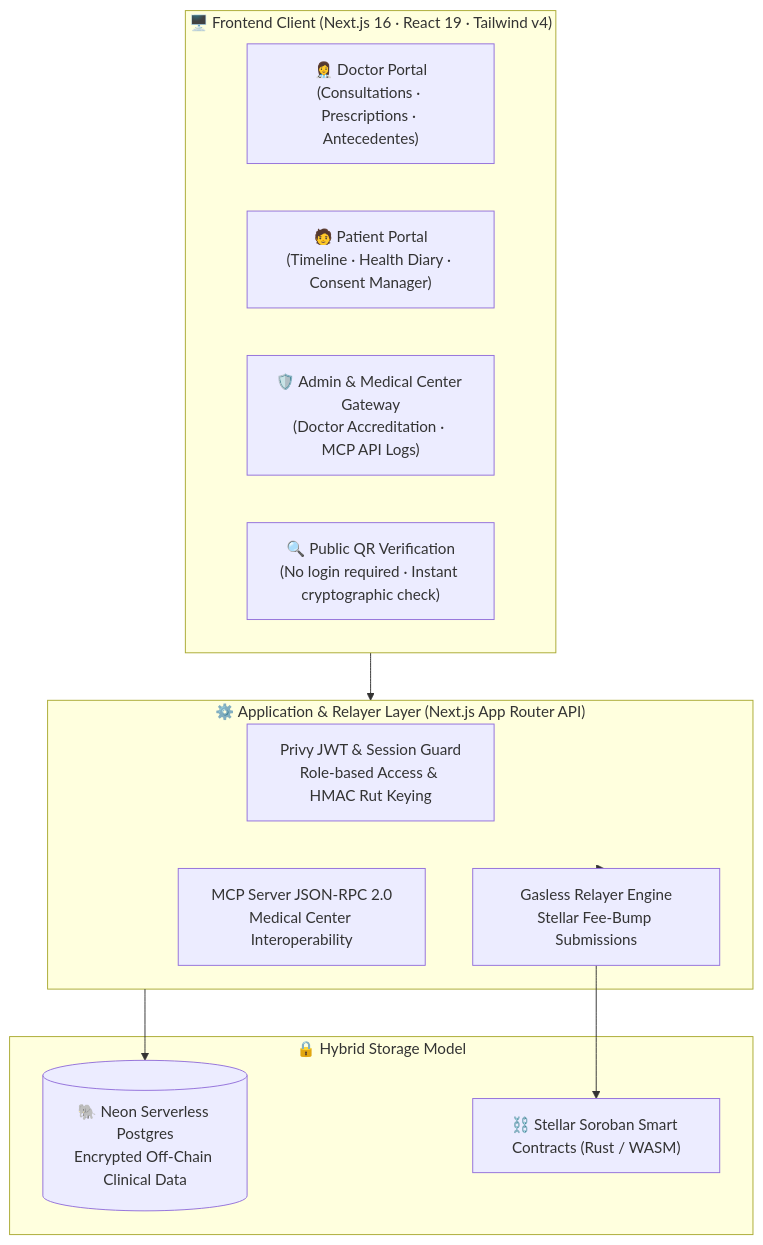
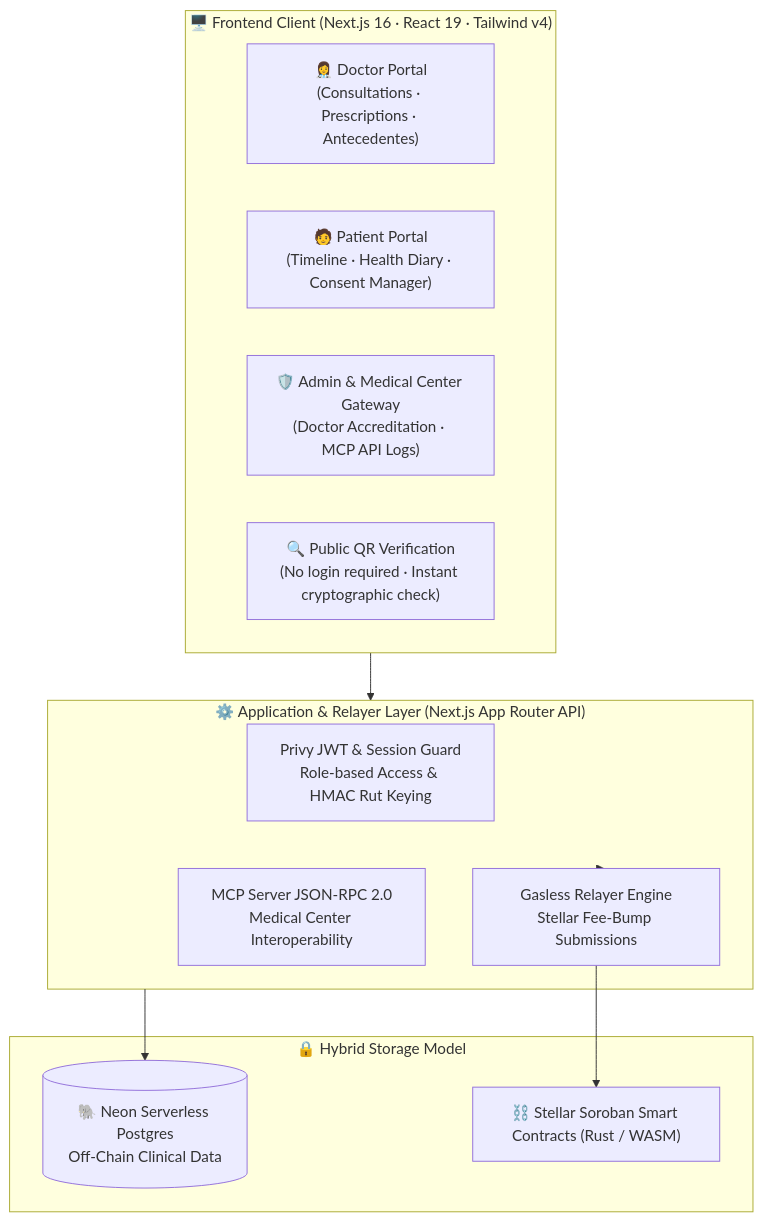
Before and after one commit to CaBsCrypto/ficha-onchain: the diagram in README.md, drawn with Mermaid. The commit also changed other lines of this file and 2 other files, not shown here.

````diff
--- a/README.md
+++ b/README.md
@@ -64,25 +66,25 @@
 ```mermaid
 flowchart TD
     subgraph Frontend["🖥️ Frontend Client (Next.js 16 · React 19 · Tailwind v4)"]
         DPortal["👩‍⚕️ Doctor Portal<br/>(Consultations · Prescriptions · Antecedentes)"]
         PPortal["🧑 Patient Portal<br/>(Timeline · Health Diary · Consent Manager)"]
         Admin["🛡️ Admin & Medical Center Gateway<br/>(Doctor Accreditation · MCP API Logs)"]
         Verify["🔍 Public QR Verification<br/>(No login required · Instant cryptographic check)"]
     end
 
     subgraph Backend["⚙️ Application & Relayer Layer (Next.js App Router API)"]
         Auth["Privy JWT & Session Guard<br/>Role-based Access & HMAC Rut Keying"]
         Relay["Gasless Relayer Engine<br/>Stellar Fee-Bump Submissions"]
         MCP["MCP Server JSON-RPC 2.0<br/>Medical Center Interoperability"]
     end
 
     subgraph Storage["🔒 Hybrid Storage Model"]
-        Neon[("🐘 Neon Serverless Postgres<br/>Encrypted Off-Chain Clinical Data")]
+        Neon[("🐘 Neon Serverless Postgres<br/>Off-Chain Clinical Data")]
         Soroban["⛓️ Stellar Soroban Smart Contracts (Rust / WASM)"]
     end
 
     Frontend --> Backend
     Backend --> Neon
     Backend --> Relay
     Relay --> Soroban
 ```
````
